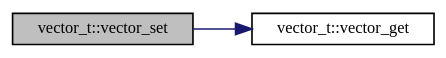
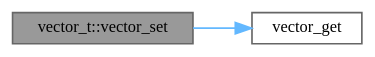
Before and after one commit to evjeesm/vector: the diagram in docs/group__Vector_gab3a5e466261d31ee9edd77a5eb280030_cgraph.dot, drawn with Graphviz. The commit also changed 166 other files, not shown here.

```diff
--- a/docs/group__Vector_gab3a5e466261d31ee9edd77a5eb280030_cgraph.dot
+++ b/docs/group__Vector_gab3a5e466261d31ee9edd77a5eb280030_cgraph.dot
@@ -1,12 +1,12 @@
 digraph "vector_t::vector_set"
 {
  // INTERACTIVE_SVG=YES
  // LATEX_PDF_SIZE
   bgcolor="transparent";
-  edge [fontname="Mononoki",fontsize="10",labelfontname="Mononoki",labelfontsize="10"];
-  node [fontname="Mononoki",fontsize="10",shape=record];
+  edge [fontname=Mononoki,fontsize=10,labelfontname=Mononoki,labelfontsize=10];
+  node [fontname=Mononoki,fontsize=10,shape=box,height=0.2,width=0.4];
   rankdir="LR";
-  Node1 [label="vector_t::vector_set",height=0.2,width=0.4,color="black", fillcolor="grey75", style="filled", fontcolor="black",tooltip="Sets element at given index to a value."];
-  Node1 -> Node2 [color="midnightblue",fontsize="10",style="solid",fontname="Mononoki"];
-  Node2 [label="vector_t::vector_get",height=0.2,width=0.4,color="black",URL="$group__Vector.html#ga9437d9506a3b2799f595c88b82f160b3",tooltip="Returns pointer for the element at index."];
+  Node1 [id="Node000001",label="vector_t::vector_set",height=0.2,width=0.4,color="gray40", fillcolor="grey60", style="filled", fontcolor="black",tooltip="Sets element at given index to a value."];
+  Node1 -> Node2 [id="edge1_Node000001_Node000002",color="steelblue1",style="solid",tooltip=" "];
+  Node2 [id="Node000002",label="vector_get",height=0.2,width=0.4,color="grey40", fillcolor="white", style="filled",URL="$group__Vector.html#ga9437d9506a3b2799f595c88b82f160b3",tooltip="Returns pointer for the element at index."];
 }
```
